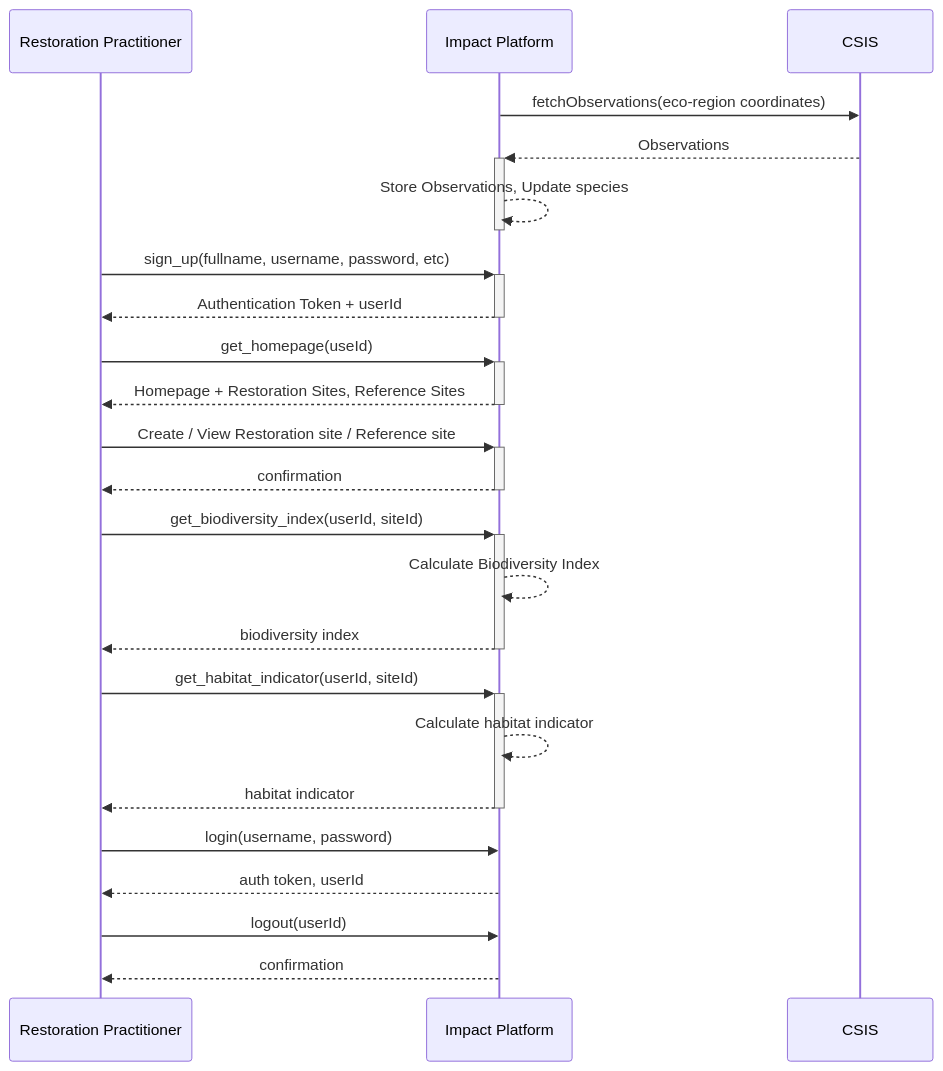
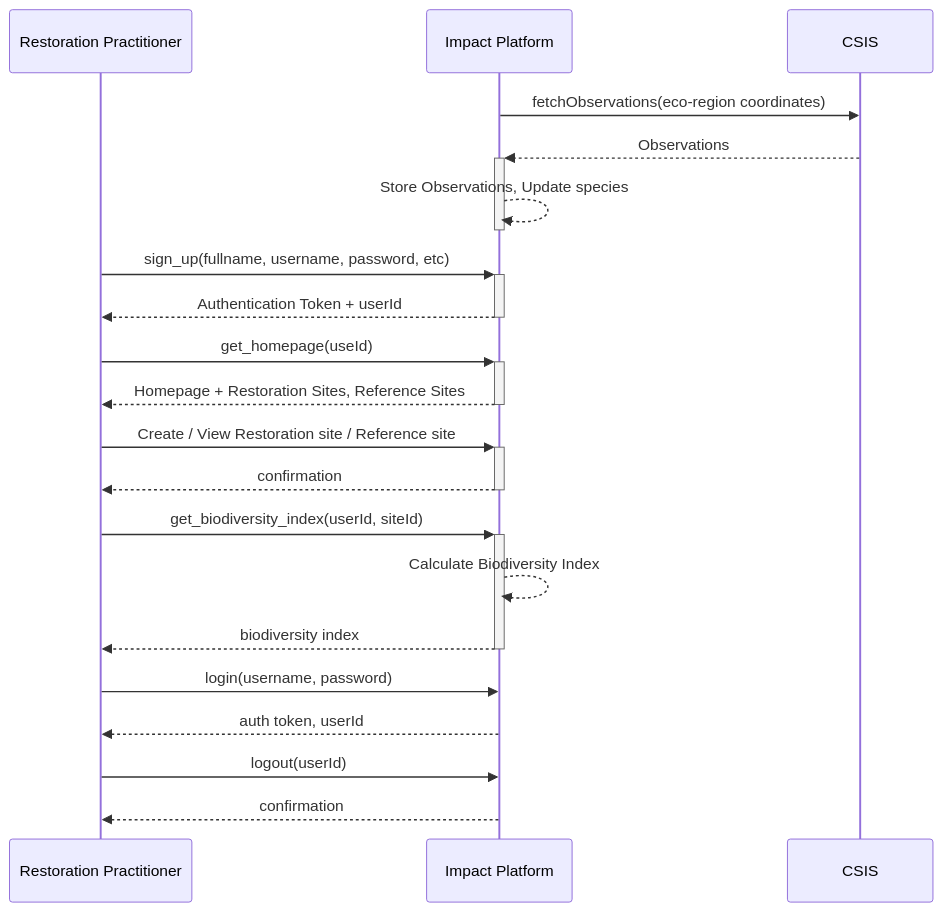
One commit to maulikdave-fh/impact changed the second of 2 diagrams in README.md. Above: the diagram before and after it, drawn with Mermaid. The commit also changed other lines of this file and 1 other file, not shown here.

Commit message:
add system architecture

````diff
--- a/README.md
+++ b/README.md
@@ -49,25 +49,22 @@
 ```mermaid
     sequenceDiagram
         participant RP as Restoration Practitioner
         participant Impact as Impact Platform
         participant CSIS
         Impact ->> CSIS : fetchObservations(eco-region coordinates)
         CSIS -->> +Impact : Observations
         Impact -->> -Impact : Store Observations, Update species
         RP ->> +Impact : sign_up(fullname, username, password, etc)
         Impact -->> -RP : Authentication Token + userId
         RP ->> +Impact : get_homepage(useId)
         Impact -->> -RP: Homepage + Restoration Sites, Reference Sites
         RP ->> +Impact : Create / View Restoration site / Reference site
         Impact -->> -RP : confirmation
         RP ->> +Impact : get_biodiversity_index(userId, siteId)
         Impact -->> Impact : Calculate Biodiversity Index
         Impact -->> -RP : biodiversity index
-        RP ->> +Impact : get_habitat_indicator(userId, siteId)
-        Impact -->> Impact : Calculate habitat indicator
-        Impact -->> -RP : habitat indicator
         RP ->> Impact : login(username, password)
         Impact -->> RP : auth token, userId
         RP ->> Impact : logout(userId)
         Impact -->> RP : confirmation             
 ```
````
